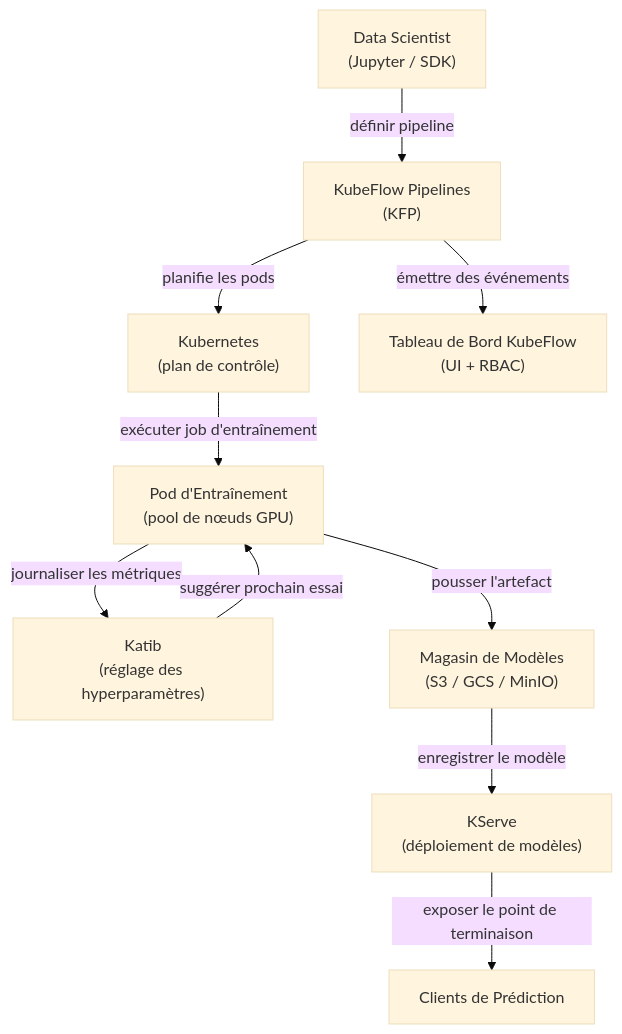
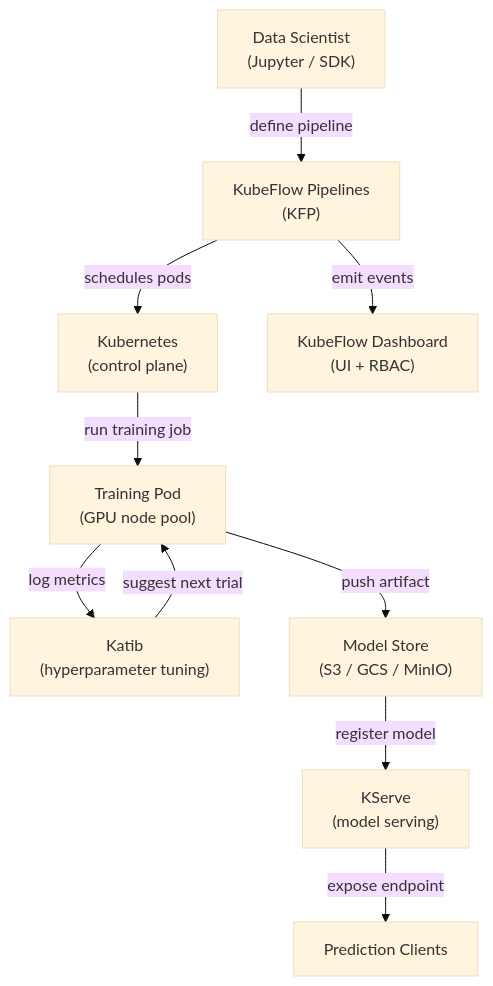
Before and after one commit to EmersonBraun/ai-summary-hub: the diagram in i18n/fr/docusaurus-plugin-content-docs/current/mlops/deployment/kubeflow.md, drawn with Mermaid (base theme). The commit also changed other lines of this file and 242 other files, not shown here.

````diff
--- a/i18n/fr/docusaurus-plugin-content-docs/current/mlops/deployment/kubeflow.md
+++ b/i18n/fr/docusaurus-plugin-content-docs/current/mlops/deployment/kubeflow.md
@@ -21,12 +21,12 @@
 ```mermaid
 flowchart TB
-  Developer["Data Scientist\n(Jupyter / SDK)"] -->|"définir pipeline"| KFP["KubeFlow Pipelines\n(KFP)"]
-  KFP -->|"planifie les pods"| K8s["Kubernetes\n(plan de contrôle)"]
-  K8s -->|"exécuter job d'entraînement"| TrainPod["Pod d'Entraînement\n(pool de nœuds GPU)"]
-  TrainPod -->|"journaliser les métriques"| Katib["Katib\n(réglage des hyperparamètres)"]
-  Katib -->|"suggérer prochain essai"| TrainPod
-  TrainPod -->|"pousser l'artefact"| Storage["Magasin de Modèles\n(S3 / GCS / MinIO)"]
-  Storage -->|"enregistrer le modèle"| KFServe["KServe\n(déploiement de modèles)"]
-  KFServe -->|"exposer le point de terminaison"| Client["Clients de Prédiction"]
-  KFP -->|"émettre des événements"| Dashboard["Tableau de Bord KubeFlow\n(UI + RBAC)"]
+  Developer["Data Scientist\n(Jupyter / SDK)"] -->|"define pipeline"| KFP["KubeFlow Pipelines\n(KFP)"]
+  KFP -->|"schedules pods"| K8s["Kubernetes\n(control plane)"]
+  K8s -->|"run training job"| TrainPod["Training Pod\n(GPU node pool)"]
+  TrainPod -->|"log metrics"| Katib["Katib\n(hyperparameter tuning)"]
+  Katib -->|"suggest next trial"| TrainPod
+  TrainPod -->|"push artifact"| Storage["Model Store\n(S3 / GCS / MinIO)"]
+  Storage -->|"register model"| KFServe["KServe\n(model serving)"]
+  KFServe -->|"expose endpoint"| Client["Prediction Clients"]
+  KFP -->|"emit events"| Dashboard["KubeFlow Dashboard\n(UI + RBAC)"]
 ```
````
